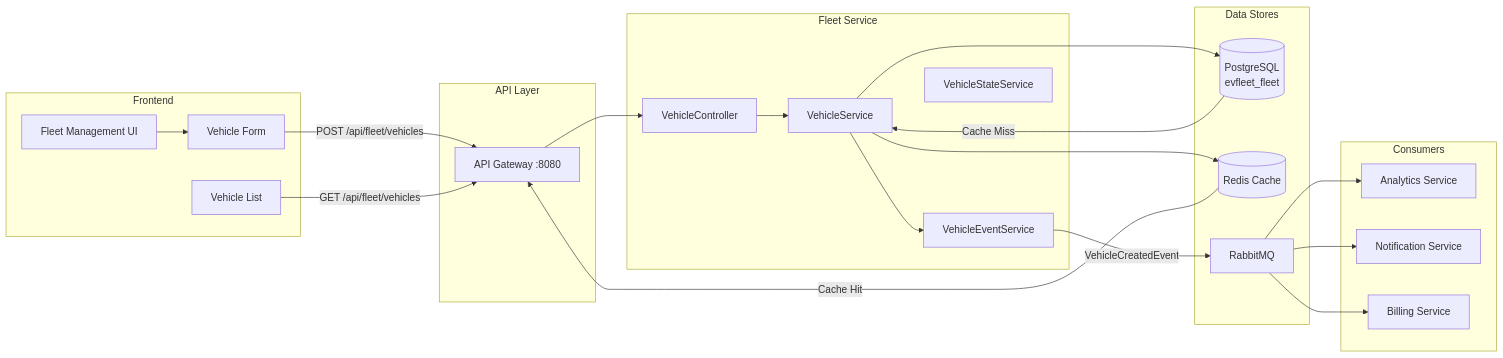
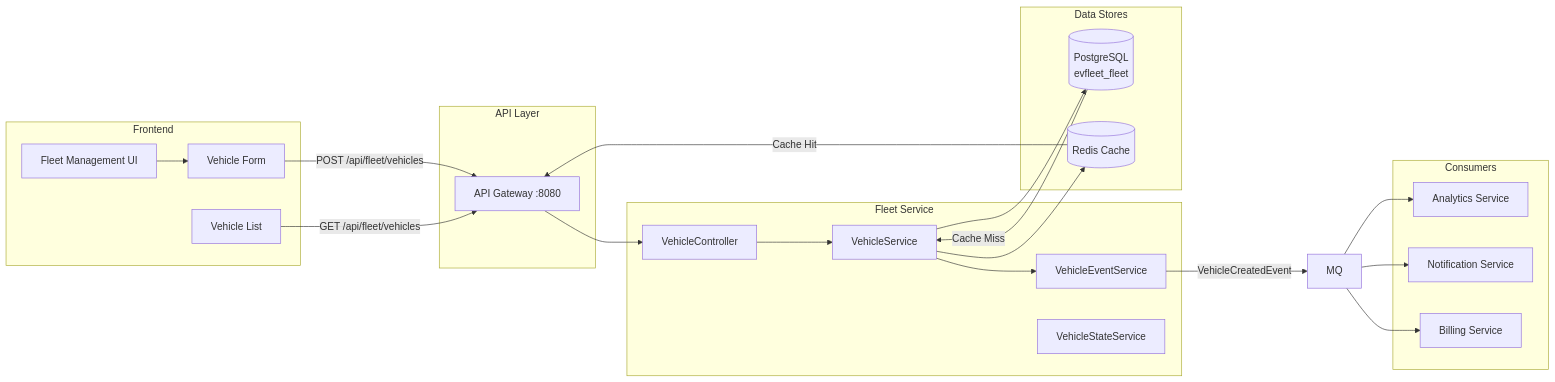
One commit to ommanoj88/SEV changed the sixth of 18 diagrams in docs/ARCHITECTURE/APPLICATION_FLOWCHART.md. Above: the diagram before and after it, drawn with Mermaid. The commit also changed other lines of this file and 37 other files, not shown here.

````diff
--- a/docs/ARCHITECTURE/APPLICATION_FLOWCHART.md
+++ b/docs/ARCHITECTURE/APPLICATION_FLOWCHART.md
@@ -448,48 +448,48 @@
 ```mermaid
 flowchart LR
     subgraph "Frontend"
         UI[Fleet Management UI]
         FORM[Vehicle Form]
         LIST[Vehicle List]
     end
     
     subgraph "API Layer"
         GW[API Gateway :8080]
     end
     
     subgraph "Fleet Service"
         CTRL[VehicleController]
         SVC[VehicleService]
         EVENT_SVC[VehicleEventService]
         STATE_SVC[VehicleStateService]
     end
     
     subgraph "Data Stores"
         DB[(PostgreSQL<br/>evfleet_fleet)]
         CACHE[(Redis Cache)]
-        MQ[RabbitMQ]
+        
     end
     
     subgraph "Consumers"
         ANALYTICS[Analytics Service]
         NOTIFY[Notification Service]
         BILLING[Billing Service]
     end
 
     UI --> FORM
     FORM -->|POST /api/fleet/vehicles| GW
     GW --> CTRL
     CTRL --> SVC
     SVC --> DB
     SVC --> CACHE
     SVC --> EVENT_SVC
     EVENT_SVC -->|VehicleCreatedEvent| MQ
     
     MQ --> ANALYTICS
     MQ --> NOTIFY
     MQ --> BILLING
     
     LIST -->|GET /api/fleet/vehicles| GW
     CACHE -->|Cache Hit| GW
     DB -->|Cache Miss| SVC
 ```
````
